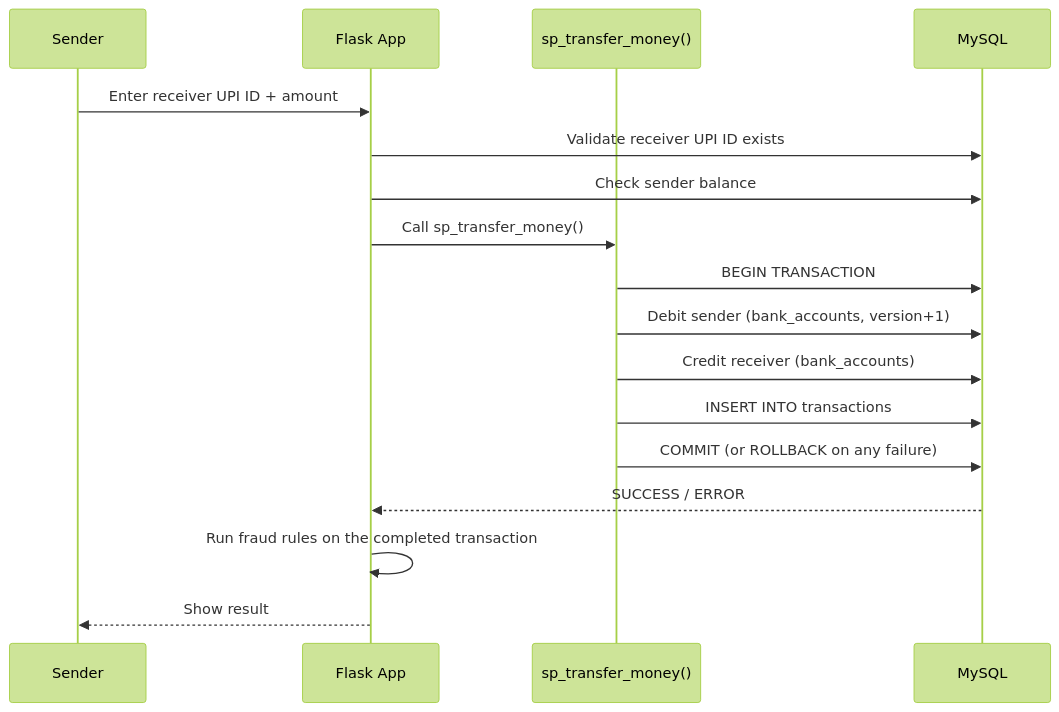
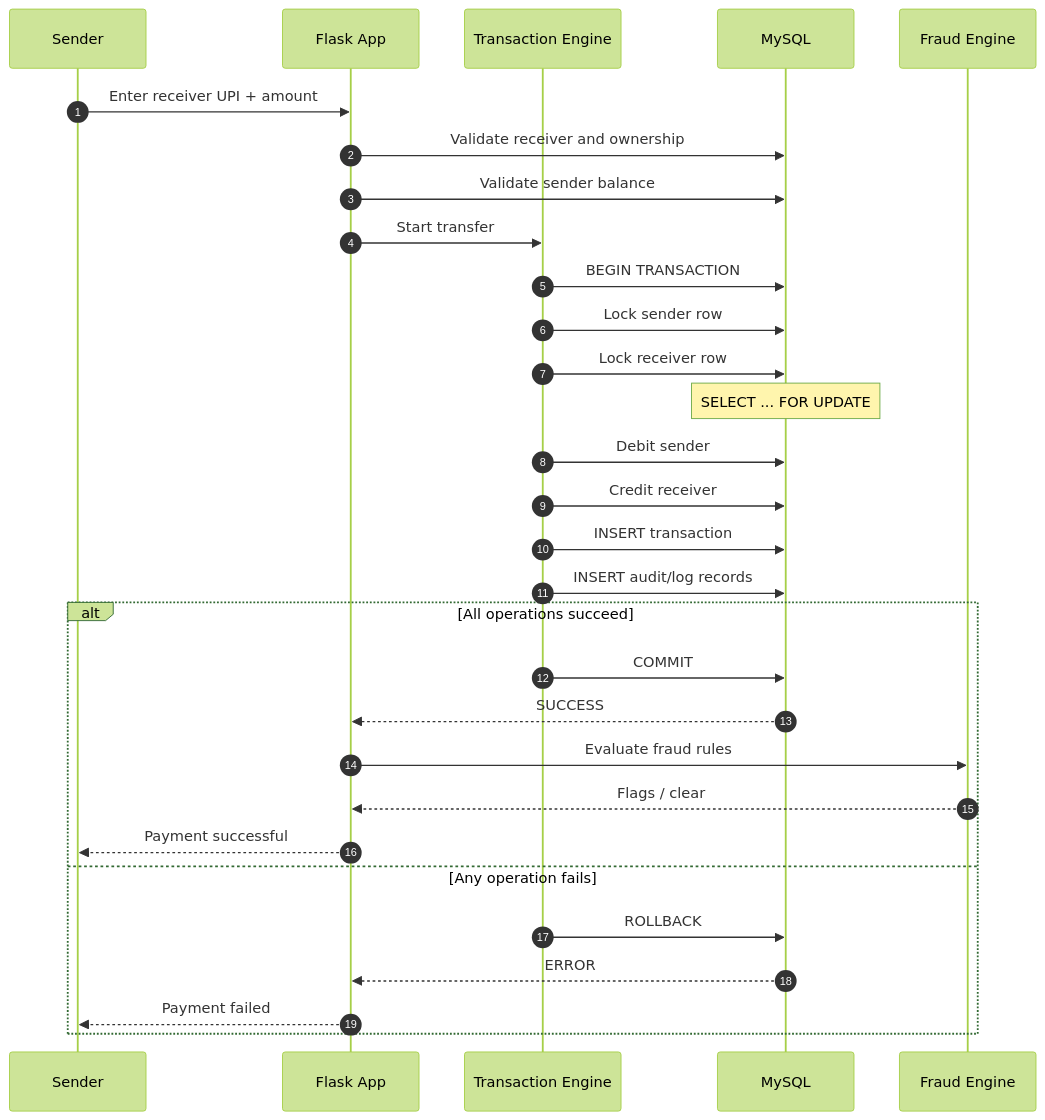
Before and after one commit to Er-Ishan-Srivastav/PayFlow-UPI-Management-System: the second of 3 diagrams in README.md, drawn with Mermaid (forest theme). The commit also changed other lines of this file, not shown here.

````diff
--- a/README.md
+++ b/README.md
@@ -88,20 +157,36 @@
 ```mermaid
 sequenceDiagram
+    autonumber
     participant U as Sender
     participant F as Flask App
-    participant P as sp_transfer_money()
+    participant E as Transaction Engine
     participant DB as MySQL
+    participant FR as Fraud Engine
 
-    U->>F: Enter receiver UPI ID + amount
-    F->>DB: Validate receiver UPI ID exists
-    F->>DB: Check sender balance
-    F->>P: Call sp_transfer_money()
-    P->>DB: BEGIN TRANSACTION
-    P->>DB: Debit sender (bank_accounts, version+1)
-    P->>DB: Credit receiver (bank_accounts)
-    P->>DB: INSERT INTO transactions
-    P->>DB: COMMIT (or ROLLBACK on any failure)
-    DB-->>F: SUCCESS / ERROR
-    F->>F: Run fraud rules on the completed transaction
-    F-->>U: Show result
+    U->>F: Enter receiver UPI + amount
+    F->>DB: Validate receiver and ownership
+    F->>DB: Validate sender balance
+    F->>E: Start transfer
+    E->>DB: BEGIN TRANSACTION
+
+    E->>DB: Lock sender row
+    E->>DB: Lock receiver row
+    Note over DB: SELECT ... FOR UPDATE
+
+    E->>DB: Debit sender
+    E->>DB: Credit receiver
+    E->>DB: INSERT transaction
+    E->>DB: INSERT audit/log records
+
+    alt All operations succeed
+        E->>DB: COMMIT
+        DB-->>F: SUCCESS
+        F->>FR: Evaluate fraud rules
+        FR-->>F: Flags / clear
+        F-->>U: Payment successful
+    else Any operation fails
+        E->>DB: ROLLBACK
+        DB-->>F: ERROR
+        F-->>U: Payment failed
+    end
 ```
````
